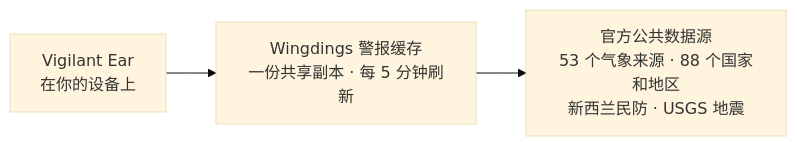
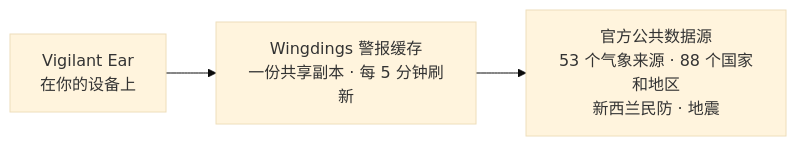
Before and after one commit to rpalm01-star/VigilantEarLegal: the fourth of 4 diagrams in README_zh-Hans.md, drawn with Mermaid (base theme). The commit also changed other lines of this file and 47 other files, not shown here.

````diff
--- a/README_zh-Hans.md
+++ b/README_zh-Hans.md
@@ -171,5 +171,5 @@
 ```mermaid
 graph LR
     P1["Vigilant Ear<br/>在你的设备上"] --> W["Wingdings 警报缓存<br/>一份共享副本 · 每 5 分钟刷新"]
-    W --> N["官方公共数据源<br/>53 个气象来源 · 88 个国家和地区<br/>新西兰民防 · USGS 地震"]
+    W --> N["官方公共数据源<br/>53 个气象来源 · 88 个国家和地区<br/>新西兰民防 · 地震"]
 ```
````
